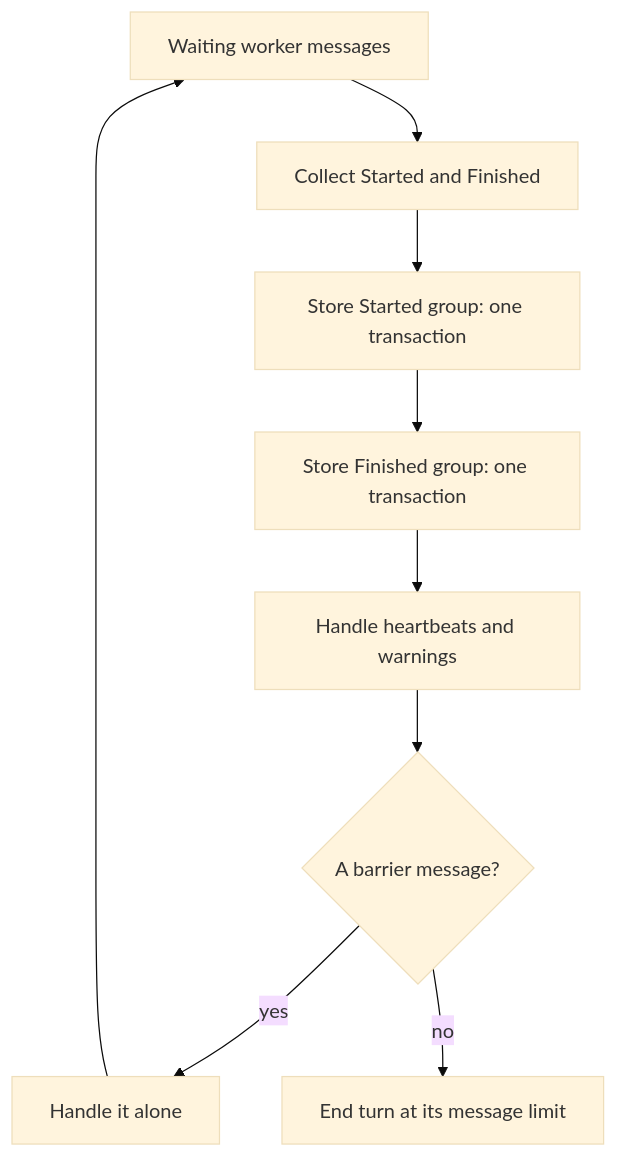
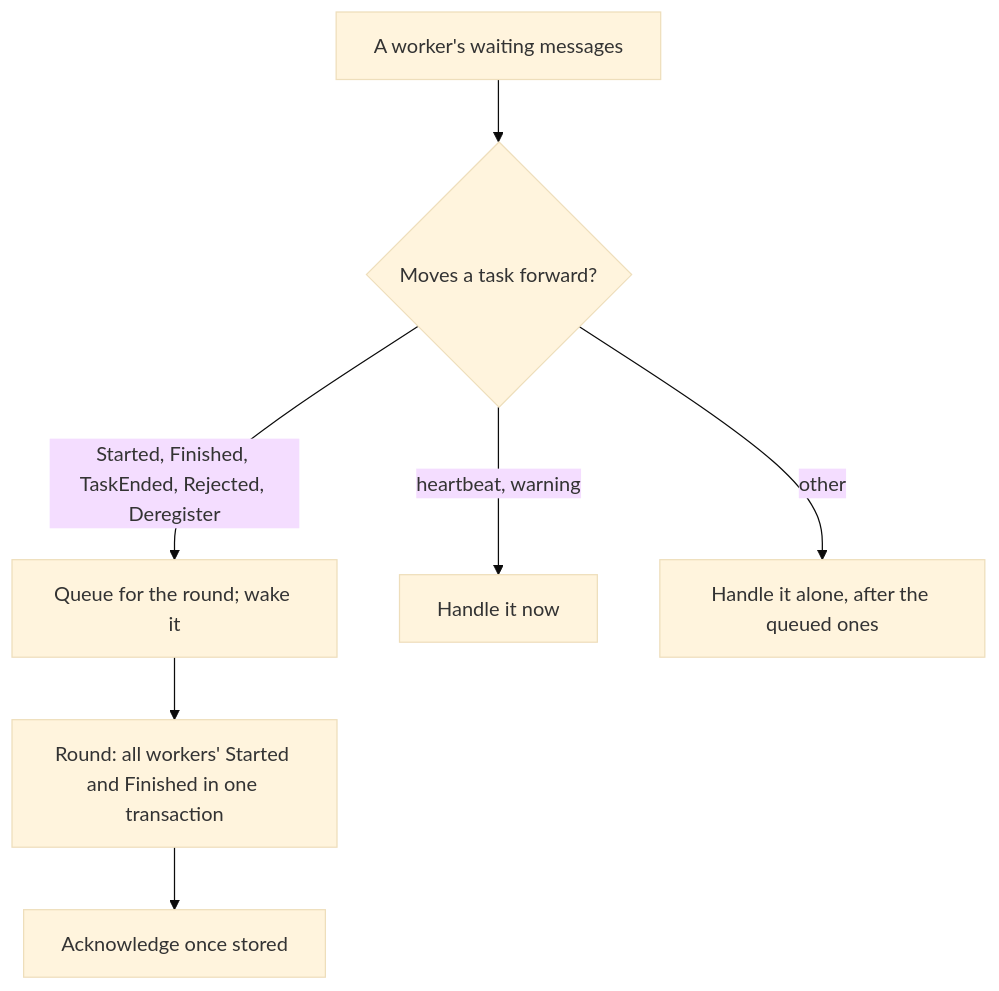
Before and after one commit to ptutak/schedr: the first of 2 diagrams in docs/03-guide/04-master.md, drawn with Mermaid (base theme). The commit also changed other lines of this file and 35 other files, not shown here.

````diff
--- a/docs/03-guide/04-master.md
+++ b/docs/03-guide/04-master.md
@@ -325,11 +334,9 @@
 ```mermaid
 flowchart TD
-    messages["Waiting worker messages"] --> group["Collect Started and Finished"]
-    group --> starts["Store Started group: one transaction"]
-    starts --> finishes["Store Finished group: one transaction"]
-    finishes --> after["Handle heartbeats and warnings"]
-    after --> barrier{"A barrier message?"}
-    barrier -->|yes| alone["Handle it alone"]
-    alone --> messages
-    barrier -->|no| done["End turn at its message limit"]
+    messages["A worker's waiting messages"] --> kind{"Moves a task forward?"}
+    kind -->|"Started, Finished, TaskEnded, Rejected, Deregister"| queue["Queue for the round; wake it"]
+    kind -->|"heartbeat, warning"| now["Handle it now"]
+    kind -->|other| alone["Handle it alone, after the queued ones"]
+    queue --> round["Round: all workers' Started and Finished in one transaction"]
+    round --> ack["Acknowledge once stored"]
 ```
````
